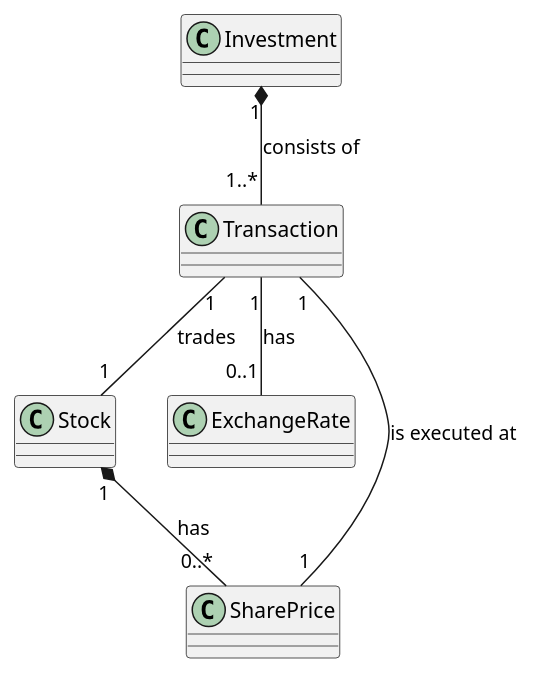
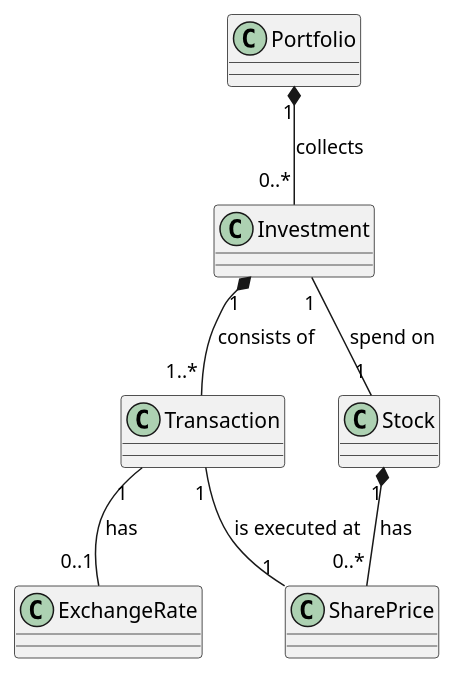
Before and after one commit to ferraith/django-portfolio: the diagram in docs/data_model.puml, drawn with PlantUML. The commit also changed 3 other files, not shown here.

```diff
--- a/docs/data_model.puml
+++ b/docs/data_model.puml
@@ -1,11 +1,13 @@
 @startuml
 
+Portfolio "1" *-- "0..*" Investment : collects
+
 Investment "1" *-- "1..*" Transaction : consists of
+Investment "1" -- "1" Stock : spend on
 
-Transaction "1" -- "1" Stock : trades
 Transaction "1" -- "0..1" ExchangeRate : has
 Transaction "1" -- "1" SharePrice : is executed at
 
 Stock "1" *-- "0..*" SharePrice : has
 
 @enduml
```
